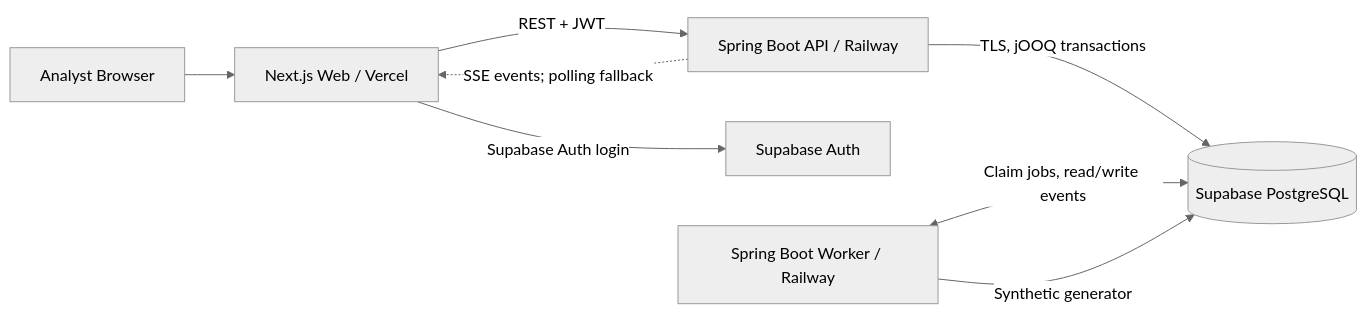
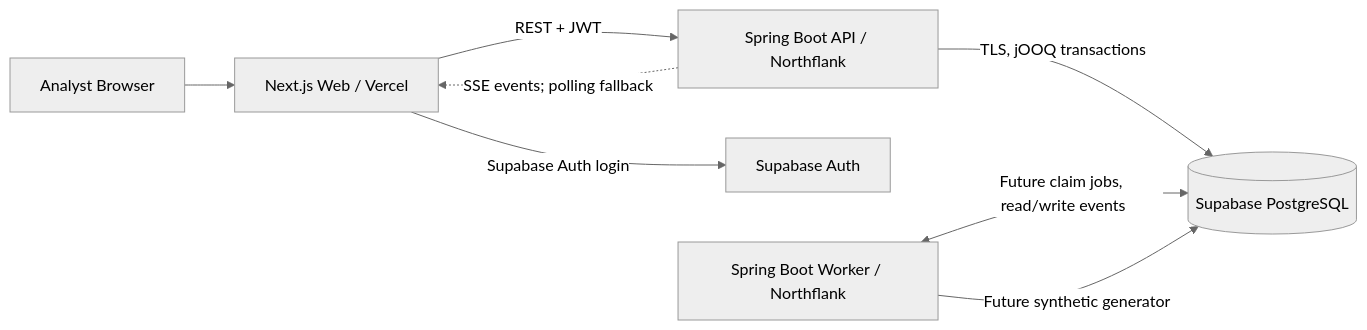
One commit to kostak-fraud/kostak-fraud-tool changed the first of 2 diagrams in docs/ARCHITECTURE.md. Above: the diagram before and after it, drawn with Mermaid (neutral theme). The commit also changed other lines of this file and 47 other files, not shown here.

````diff
--- a/docs/ARCHITECTURE.md
+++ b/docs/ARCHITECTURE.md
@@ -9,10 +9,10 @@
 ```mermaid
 flowchart LR
   Analyst[Analyst Browser] --> Web[Next.js Web / Vercel]
-  Web -->|REST + JWT| API[Spring Boot API / Railway]
+  Web -->|REST + JWT| API[Spring Boot API / Northflank]
   Web -->|Supabase Auth login| Auth[Supabase Auth]
   API -->|TLS, jOOQ transactions| DB[(Supabase PostgreSQL)]
-  Worker[Spring Boot Worker / Railway] <-->|Claim jobs, read/write events| DB
-  Worker -->|Synthetic generator| DB
+  Worker[Spring Boot Worker / Northflank] <-->|Future claim jobs, read/write events| DB
+  Worker -->|Future synthetic generator| DB
   API -.->|SSE events; polling fallback| Web
 ```
````
